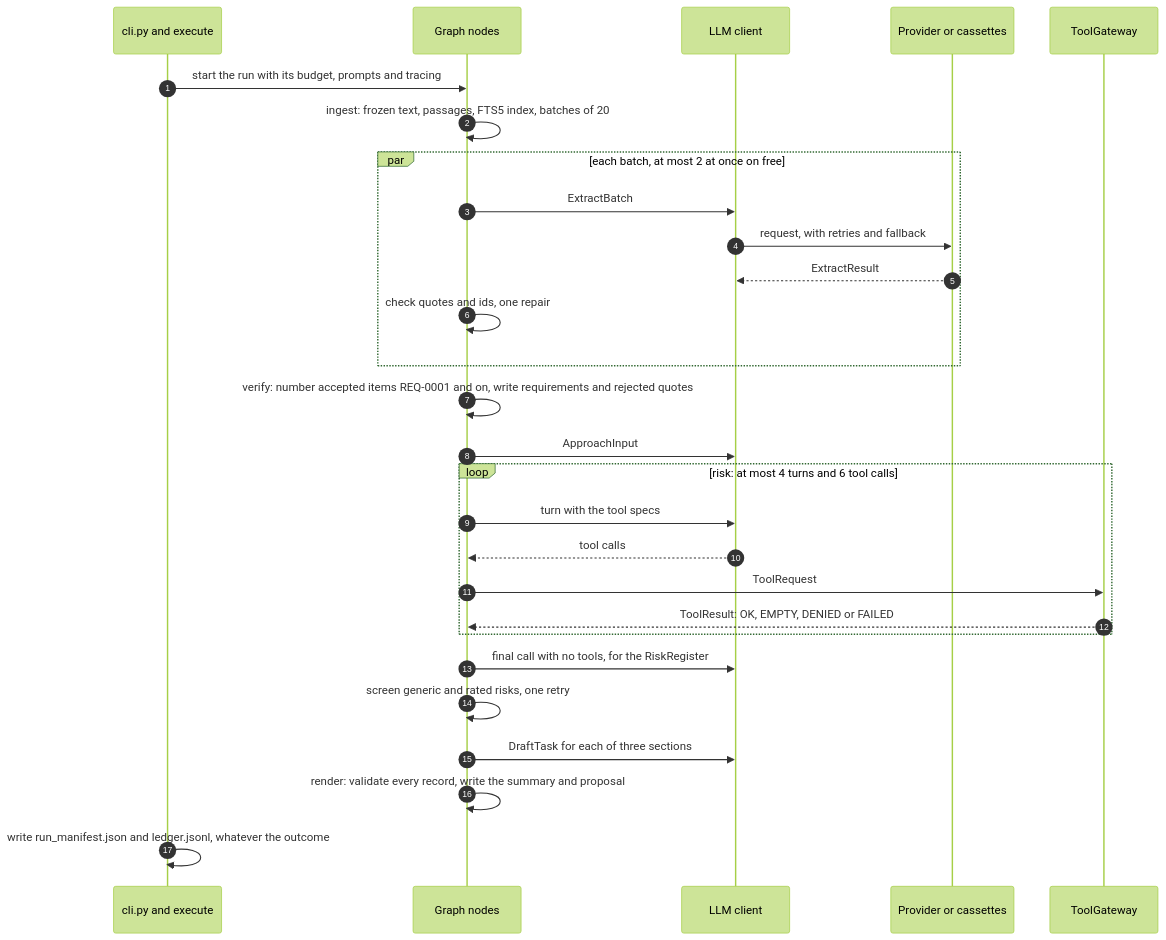
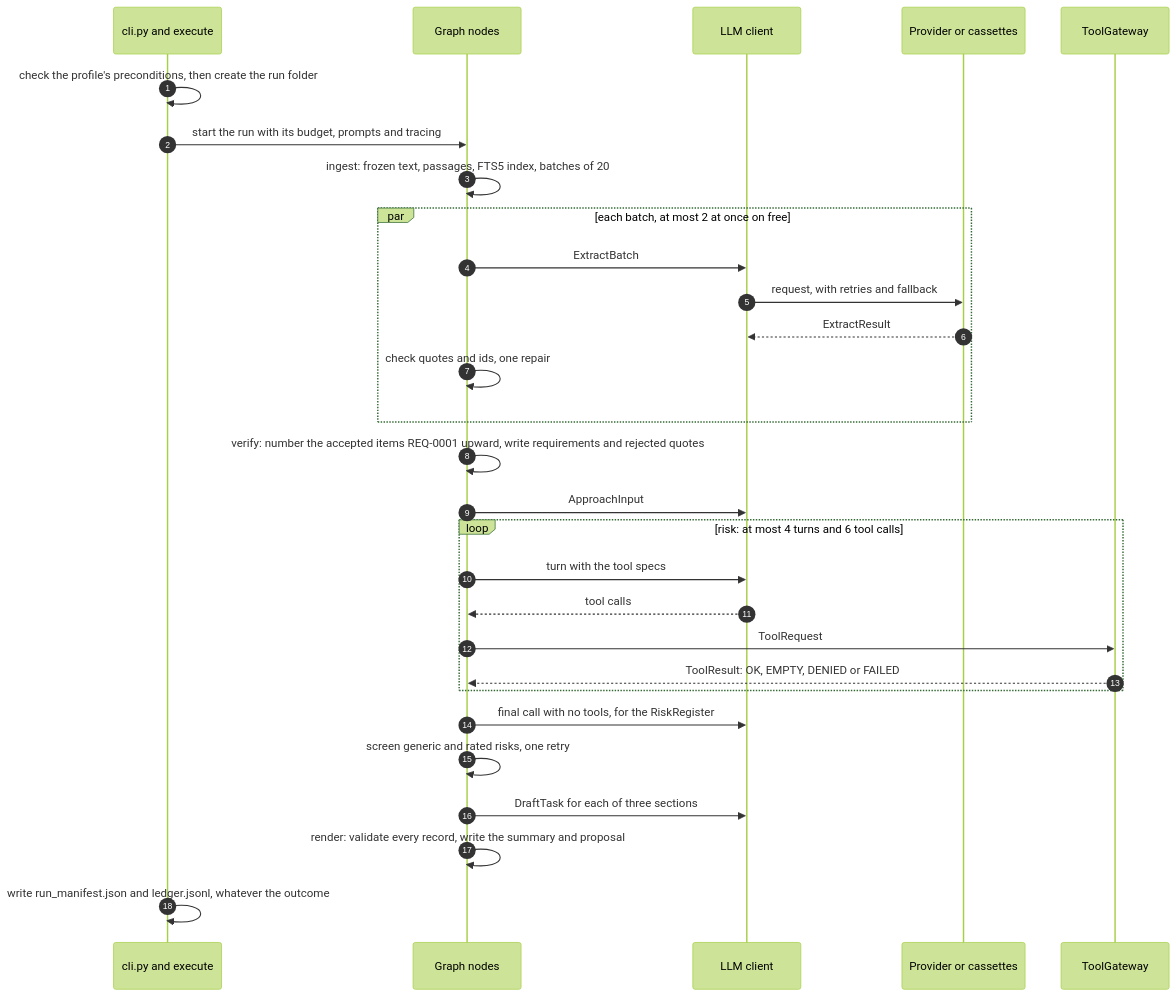
The third of 3 diagrams in docs/architecture.md (chouaibhoues-code/bidwright-rfp-agent), drawn with Mermaid (forest theme) before and after one commit. The commit also changed other lines of this file and 37 other files, not shown here.

````diff
--- a/docs/architecture.md
+++ b/docs/architecture.md
@@ -216,30 +240,31 @@
 ```mermaid
 sequenceDiagram
     autonumber
     participant CLI as cli.py and execute
     participant G as Graph nodes
     participant C as LLM client
     participant P as Provider or cassettes
     participant T as ToolGateway
+    CLI->>CLI: check the profile's preconditions, then create the run folder
     CLI->>G: start the run with its budget, prompts and tracing
     G->>G: ingest: frozen text, passages, FTS5 index, batches of 20
     par each batch, at most 2 at once on free
         G->>C: ExtractBatch
         C->>P: request, with retries and fallback
         P-->>C: ExtractResult
         G->>G: check quotes and ids, one repair
     end
-    G->>G: verify: number accepted items REQ-0001 and on, write requirements and rejected quotes
+    G->>G: verify: number the accepted items REQ-0001 upward, write requirements and rejected quotes
     G->>C: ApproachInput
     loop risk: at most 4 turns and 6 tool calls
         G->>C: turn with the tool specs
         C-->>G: tool calls
         G->>T: ToolRequest
         T-->>G: ToolResult: OK, EMPTY, DENIED or FAILED
     end
     G->>C: final call with no tools, for the RiskRegister
     G->>G: screen generic and rated risks, one retry
     G->>C: DraftTask for each of three sections
     G->>G: render: validate every record, write the summary and proposal
     CLI->>CLI: write run_manifest.json and ledger.jsonl, whatever the outcome
 ```
````
